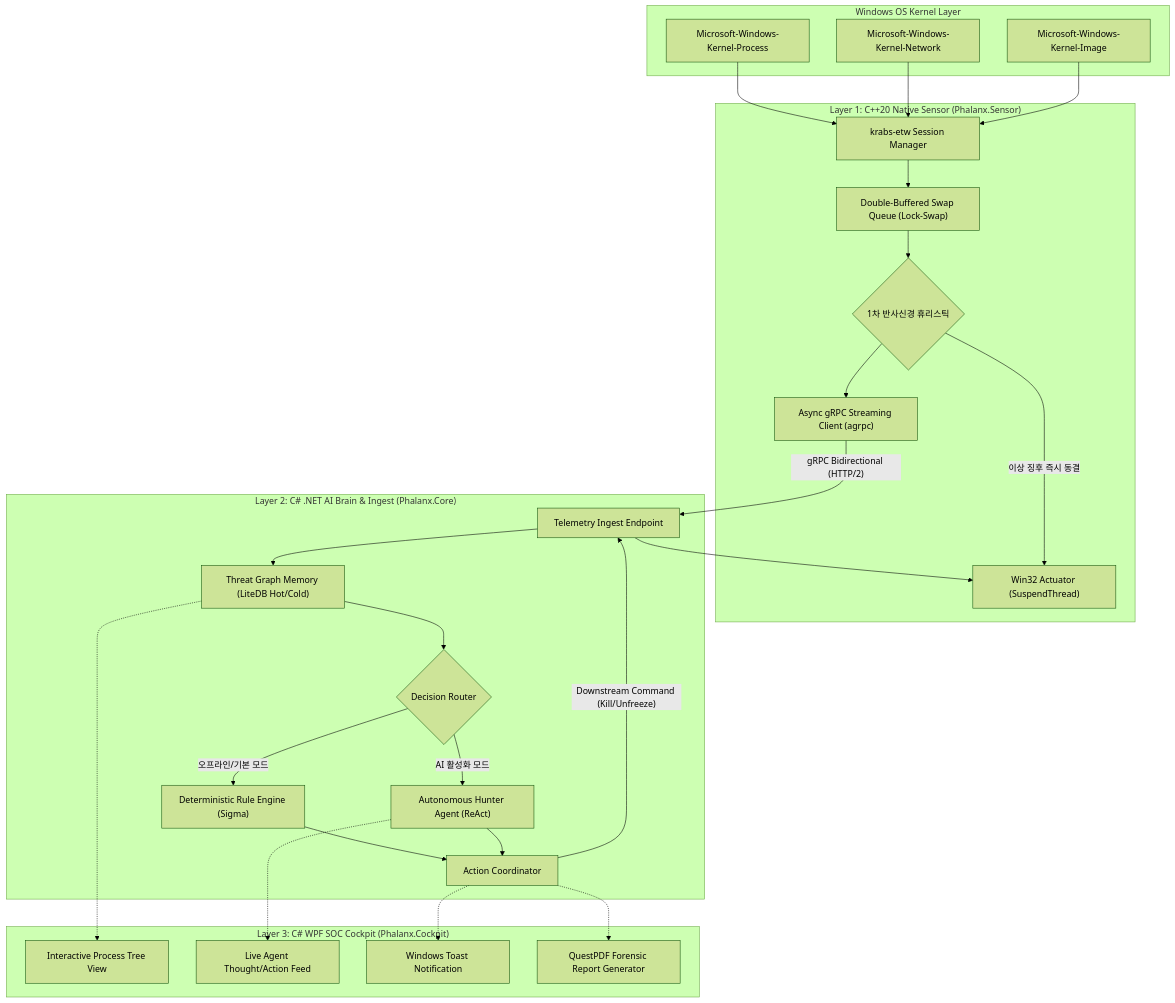
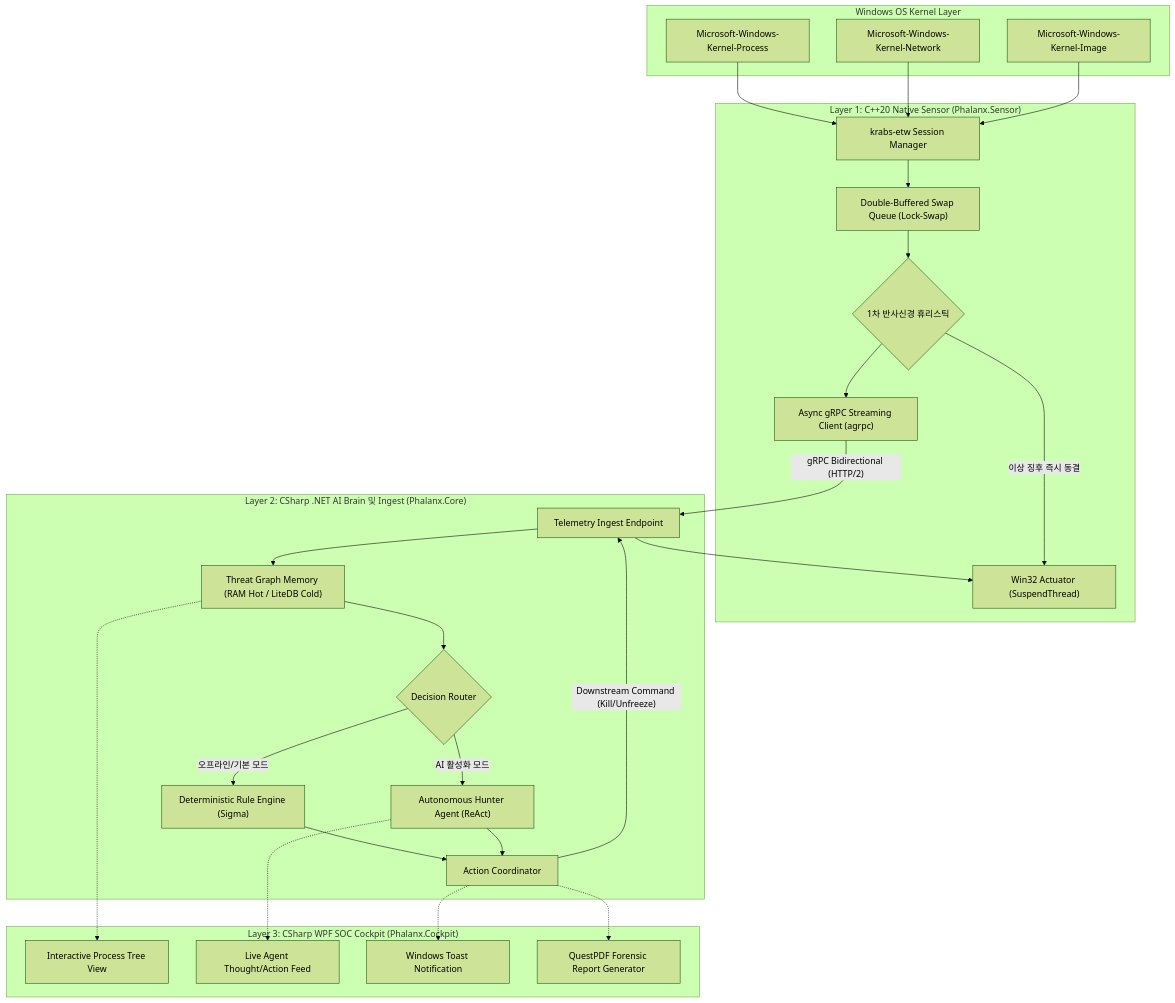
The diagram in Phalanx/docs/01_system_architecture.md (jin20203458/Obsidian.Agent), drawn with Mermaid (forest theme) before and after one commit. The commit also changed other lines of this file and 3 other files, not shown here.

````diff
--- a/Phalanx/docs/01_system_architecture.md
+++ b/Phalanx/docs/01_system_architecture.md
@@ -19,43 +19,43 @@
 ```mermaid
 flowchart TD
     subgraph KERNEL ["Windows OS Kernel Layer"]
         ETW_Proc["Microsoft-Windows-Kernel-Process"]
         ETW_Net["Microsoft-Windows-Kernel-Network"]
         ETW_Img["Microsoft-Windows-Kernel-Image"]
     end
 
     subgraph CPP_SENSOR ["Layer 1: C++20 Native Sensor (Phalanx.Sensor)"]
         ETW_Proc --> Krabs["krabs-etw Session Manager"]
         ETW_Net --> Krabs
         ETW_Img --> Krabs
         
         Krabs --> IngestQueue["Double-Buffered Swap Queue (Lock-Swap)"]
         IngestQueue --> ReflexEngine{"1차 반사신경 휴리스틱"}
         
         ReflexEngine -- "이상 징후 즉시 동결" --> Win32Act["Win32 Actuator (SuspendThread)"]
         ReflexEngine --> GrpcClient["Async gRPC Streaming Client (agrpc)"]
     end
 
-    subgraph CS_CORE ["Layer 2: C# .NET AI Brain & Ingest (Phalanx.Core)"]
+    subgraph CS_CORE ["Layer 2: CSharp .NET AI Brain 및 Ingest (Phalanx.Core)"]
         GrpcClient -->|"gRPC Bidirectional (HTTP/2)"| GrpcServer["Telemetry Ingest Endpoint"]
-        GrpcServer --> ThreatGraph["Threat Graph Memory (LiteDB Hot/Cold)"]
+        GrpcServer --> ThreatGraph["Threat Graph Memory (RAM Hot / LiteDB Cold)"]
         
         ThreatGraph --> DecisionRouter{"Decision Router"}
         
         DecisionRouter -- "오프라인/기본 모드" --> DeterministicRules["Deterministic Rule Engine (Sigma)"]
         DecisionRouter -- "AI 활성화 모드" --> AgentOrchestrator["Autonomous Hunter Agent (ReAct)"]
         
         DeterministicRules --> ActionCoordinator["Action Coordinator"]
         AgentOrchestrator --> ActionCoordinator
         
         ActionCoordinator -->|"Downstream Command (Kill/Unfreeze)"| GrpcServer
         GrpcServer --> Win32Act
     end
 
-    subgraph CS_COCKPIT ["Layer 3: C# WPF SOC Cockpit (Phalanx.Cockpit)"]
+    subgraph CS_COCKPIT ["Layer 3: CSharp WPF SOC Cockpit (Phalanx.Cockpit)"]
         ThreatGraph -.-> GraphView["Interactive Process Tree View"]
         AgentOrchestrator -.-> LiveFeed["Live Agent Thought/Action Feed"]
         ActionCoordinator -.-> ToastNotification["Windows Toast Notification"]
         ActionCoordinator -.-> ReportEngine["QuestPDF Forensic Report Generator"]
     end
 ```
````
